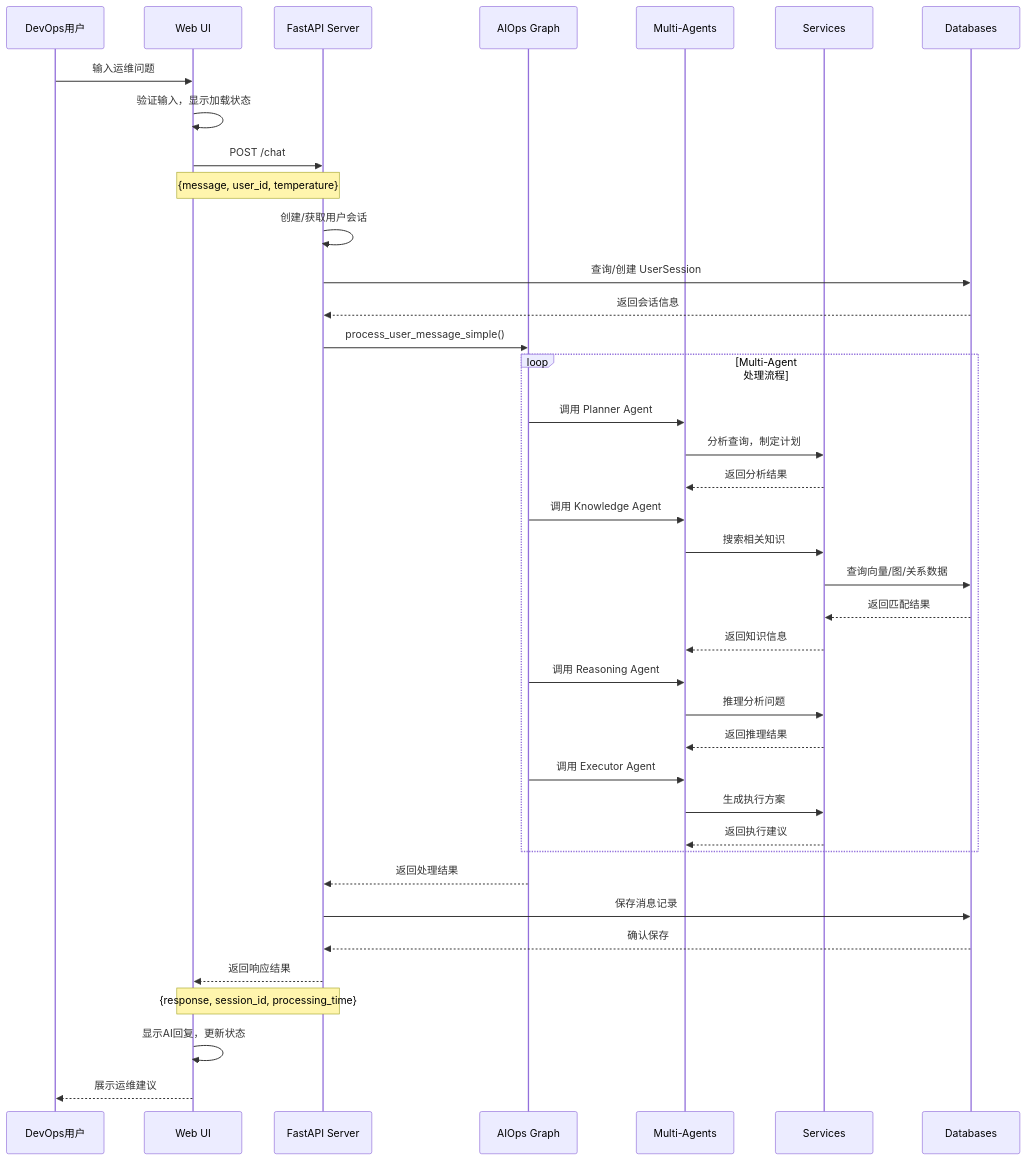
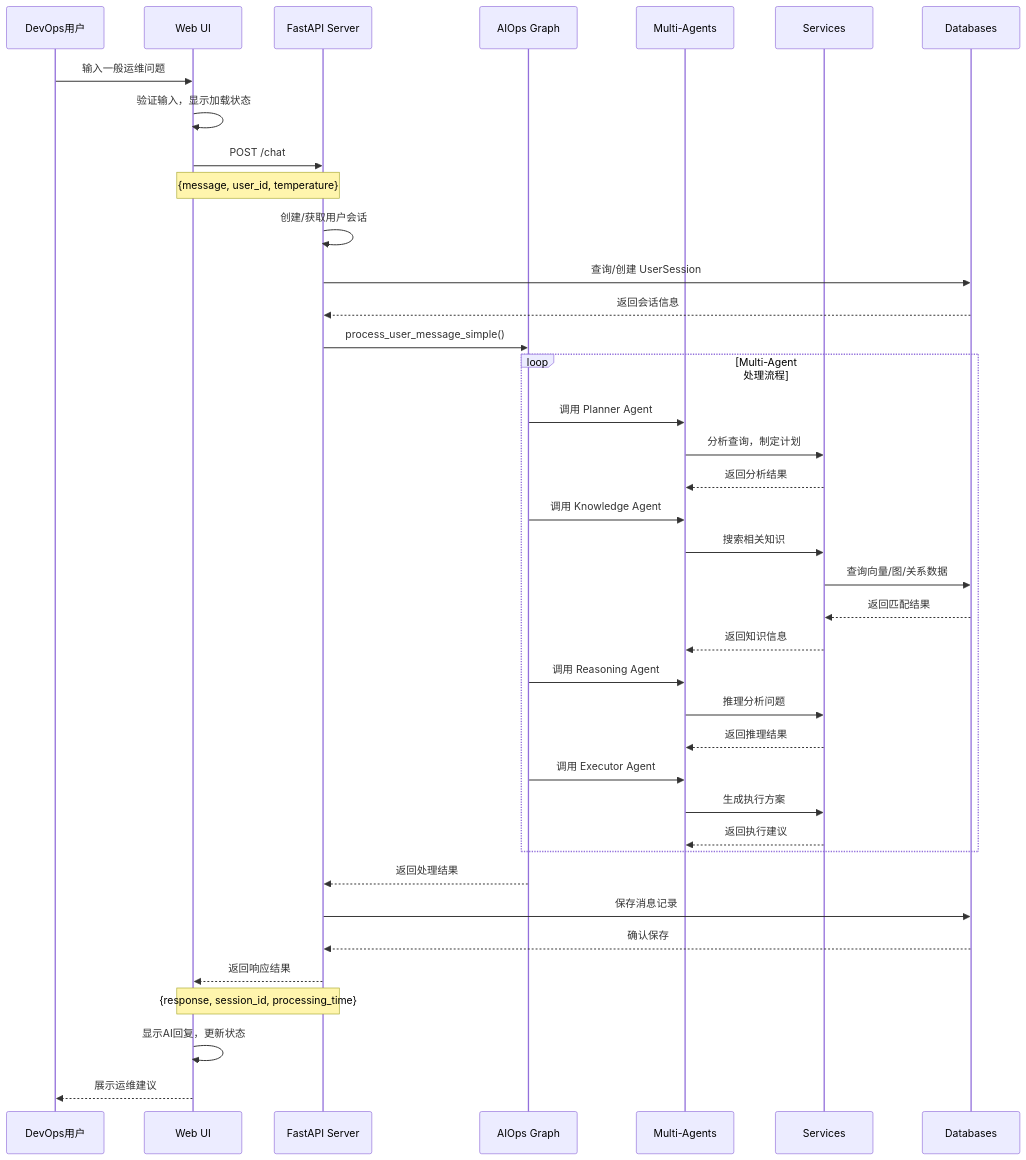
The third of 7 diagrams in docs/system-interaction-flow.md (pkusnail/AIOpsPolaris), drawn with Mermaid before and after one commit. The commit also changed other lines of this file and 5 other files, not shown here.

````diff
--- a/docs/system-interaction-flow.md
+++ b/docs/system-interaction-flow.md
@@ -75,52 +153,52 @@
 ```mermaid
 sequenceDiagram
     participant User as DevOps用户
     participant WebUI as Web UI
     participant API as FastAPI Server
     participant Graph as AIOps Graph
     participant Agents as Multi-Agents
     participant Services as Services
     participant DB as Databases
     
-    User->>WebUI: 输入运维问题
+    User->>WebUI: 输入一般运维问题
     WebUI->>WebUI: 验证输入，显示加载状态
     
     WebUI->>API: POST /chat
     Note over WebUI,API: {message, user_id, temperature}
     
     API->>API: 创建/获取用户会话
     API->>DB: 查询/创建 UserSession
     DB-->>API: 返回会话信息
     
     API->>Graph: process_user_message_simple()
     
     loop Multi-Agent 处理流程
         Graph->>Agents: 调用 Planner Agent
         Agents->>Services: 分析查询，制定计划
         Services-->>Agents: 返回分析结果
         
         Graph->>Agents: 调用 Knowledge Agent
         Agents->>Services: 搜索相关知识
         Services->>DB: 查询向量/图/关系数据
         DB-->>Services: 返回匹配结果
         Services-->>Agents: 返回知识信息
         
         Graph->>Agents: 调用 Reasoning Agent  
         Agents->>Services: 推理分析问题
         Services-->>Agents: 返回推理结果
         
         Graph->>Agents: 调用 Executor Agent
         Agents->>Services: 生成执行方案
         Services-->>Agents: 返回执行建议
     end
     
     Graph-->>API: 返回处理结果
     API->>DB: 保存消息记录
     DB-->>API: 确认保存
     
     API-->>WebUI: 返回响应结果
     Note over API,WebUI: {response, session_id, processing_time}
     
     WebUI->>WebUI: 显示AI回复，更新状态
     WebUI-->>User: 展示运维建议
 ```
````
